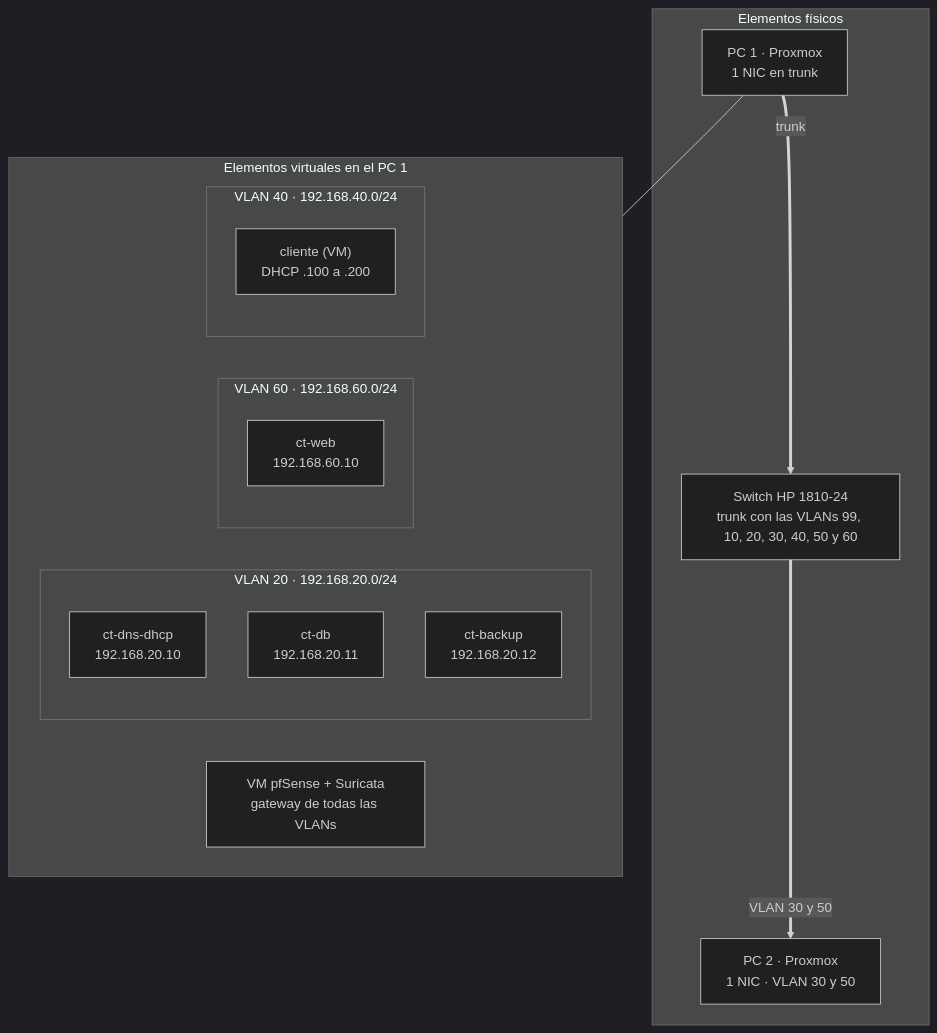
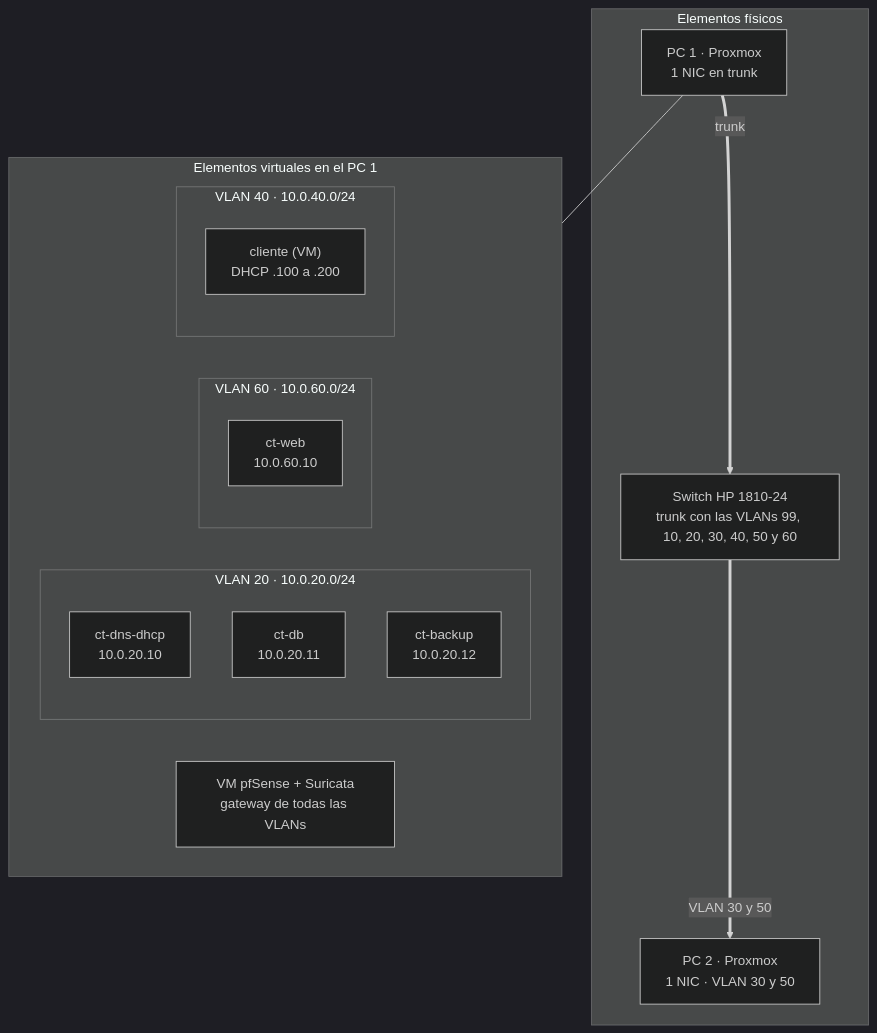
One commit to alexnaranjooo/APUNTES-ASIX changed the diagram in docs/honeynet/introduccion-al-proyecto/arquitectura-del-software/5.-infraestructura-y-red-proxmox.md. Above: the diagram before and after it, drawn with Mermaid (dark theme). The commit also changed other lines of this file and 1 other file, not shown here.

````diff
--- a/docs/honeynet/introduccion-al-proyecto/arquitectura-del-software/5.-infraestructura-y-red-proxmox.md
+++ b/docs/honeynet/introduccion-al-proyecto/arquitectura-del-software/5.-infraestructura-y-red-proxmox.md
@@ -33,27 +44,27 @@
 ```mermaid
 flowchart TB
     subgraph FIS["Elementos físicos"]
         SWF["Switch HP 1810-24<br/>trunk con las VLANs 99, 10, 20, 30, 40, 50 y 60"]
         PC1["PC 1 · Proxmox<br/>1 NIC en trunk"]
         PC2["PC 2 · Proxmox<br/>1 NIC · VLAN 30 y 50"]
     end
 
     subgraph VIR["Elementos virtuales en el PC 1"]
         PF["VM pfSense + Suricata<br/>gateway de todas las VLANs"]
-        subgraph V20["VLAN 20 · 192.168.20.0/24"]
-            DNS["ct-dns-dhcp<br/>192.168.20.10"]
-            DB["ct-db<br/>192.168.20.11"]
-            BK["ct-backup<br/>192.168.20.12"]
+        subgraph V20["VLAN 20 · 10.0.20.0/24"]
+            DNS["ct-dns-dhcp<br/>10.0.20.10"]
+            DB["ct-db<br/>10.0.20.11"]
+            BK["ct-backup<br/>10.0.20.12"]
         end
-        subgraph V60["VLAN 60 · 192.168.60.0/24"]
-            WEB["ct-web<br/>192.168.60.10"]
+        subgraph V60["VLAN 60 · 10.0.60.0/24"]
+            WEB["ct-web<br/>10.0.60.10"]
         end
-        subgraph V40["VLAN 40 · 192.168.40.0/24"]
+        subgraph V40["VLAN 40 · 10.0.40.0/24"]
             CL["cliente (VM)<br/>DHCP .100 a .200"]
         end
     end
 
     PC1 == "trunk" ==> SWF
     SWF == "VLAN 30 y 50" ==> PC2
     PC1 --- VIR
 ```
````
